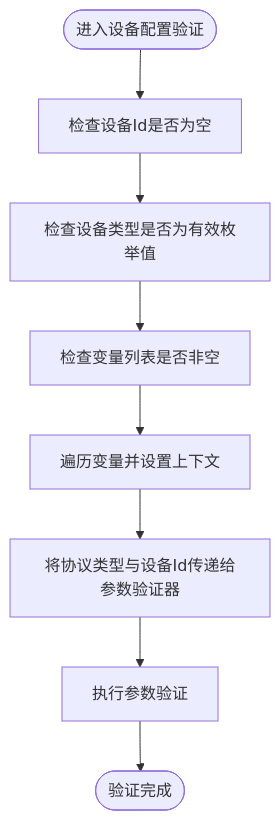
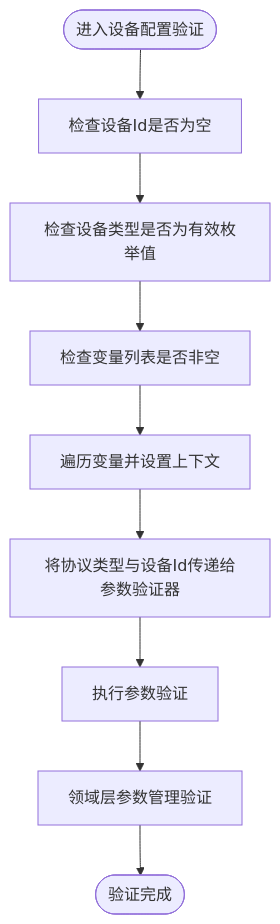
One commit to whitemousetl/IndustrialDataSolution changed the sixth of 9 diagrams in .qoder/repowiki/zh/content/领域模型设计/设备配置模型.md. Above: the diagram before and after it, drawn with Mermaid. The commit also changed other lines of this file and 18 other files, not shown here.

````diff
--- a/.qoder/repowiki/zh/content/领域模型设计/设备配置模型.md
+++ b/.qoder/repowiki/zh/content/领域模型设计/设备配置模型.md
@@ -279,10 +297,11 @@
 ```mermaid
 flowchart TD
 Start(["进入设备配置验证"]) --> CheckId["检查设备Id是否为空"]
 CheckId --> EnumCheck["检查设备类型是否为有效枚举值"]
 EnumCheck --> ParamListCheck["检查变量列表是否非空"]
 ParamListCheck --> ForEachParam["遍历变量并设置上下文"]
 ForEachParam --> PassToParamValidator["将协议类型与设备Id传递给参数验证器"]
 PassToParamValidator --> ParamValidator["执行参数验证"]
-ParamValidator --> Done(["验证完成"])
+ParamValidator --> DomainValidation["领域层参数管理验证"]
+DomainValidation --> Done(["验证完成"])
 ```
````
